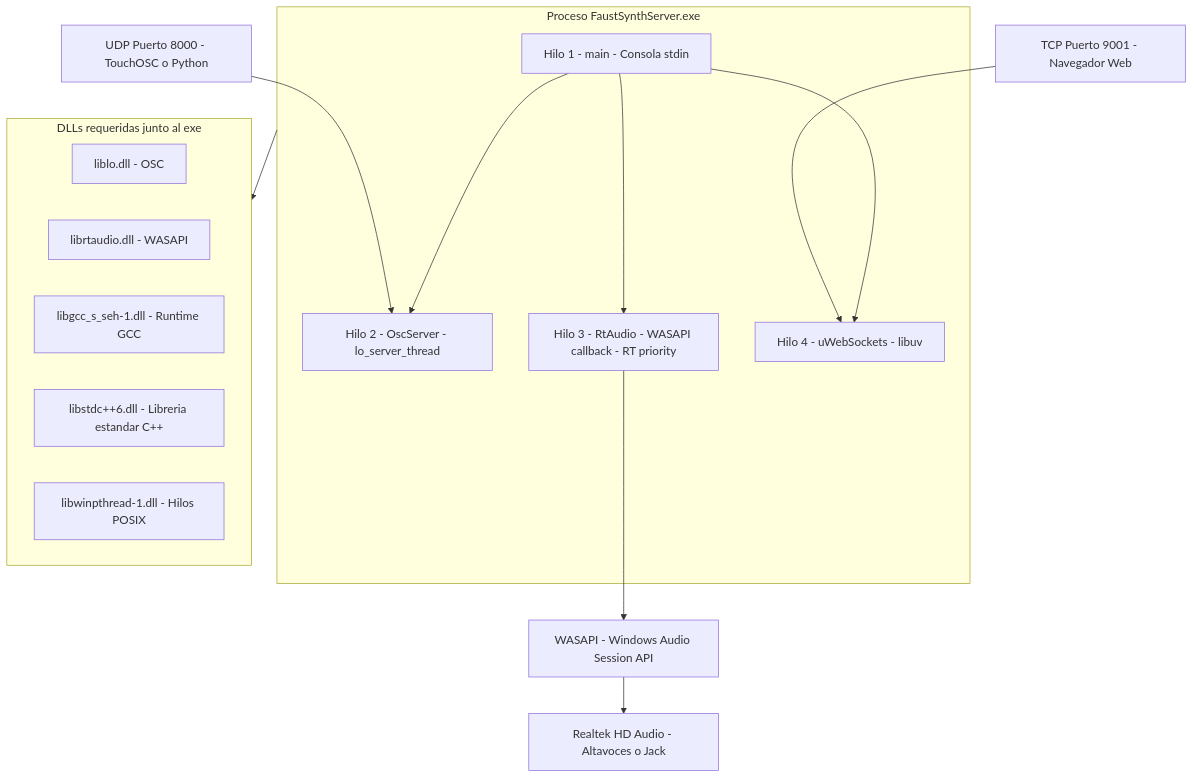
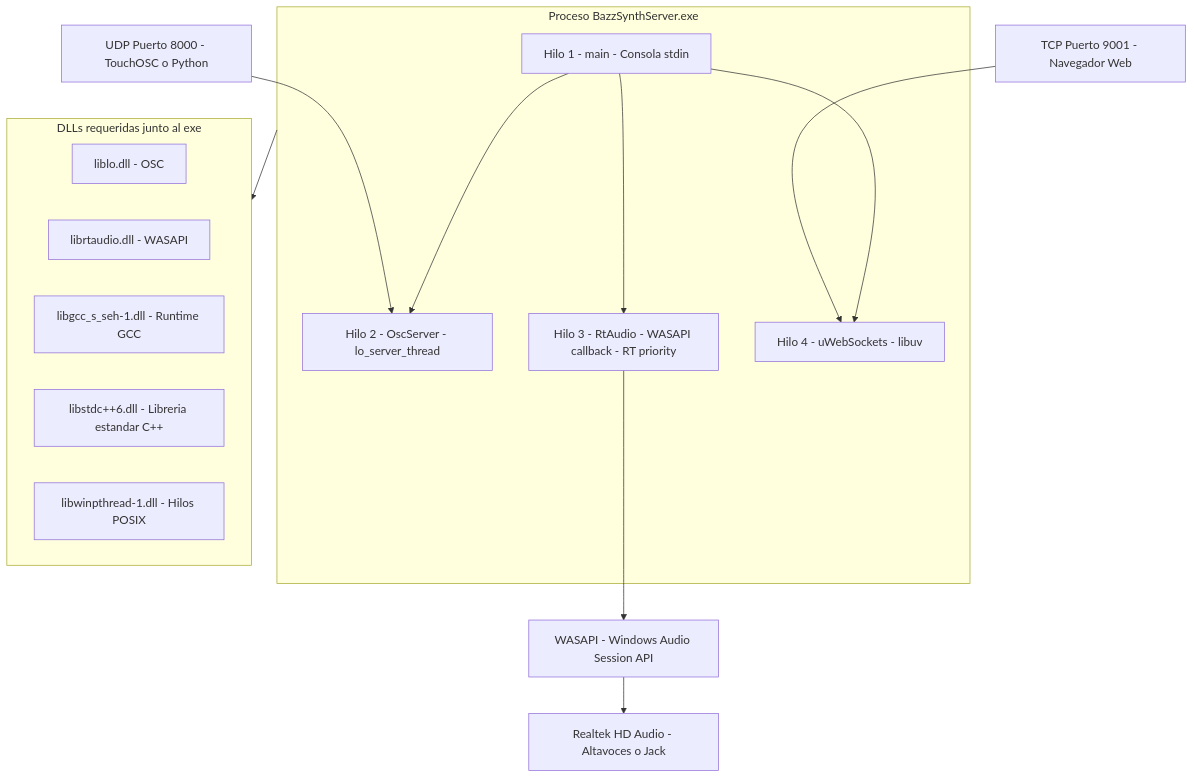
The eighth of 12 diagrams in README.md (Zann181/sintetizador), drawn with Mermaid before and after one commit. The commit also changed other lines of this file, not shown here.

````diff
--- a/README.md
+++ b/README.md
@@ -1249,32 +1249,32 @@
 ```mermaid
 graph TD
     UDP_IN["UDP Puerto 8000 - TouchOSC o Python"]
     WS_IN["TCP Puerto 9001 - Navegador Web"]
 
-    subgraph WIN_PROC["Proceso FaustSynthServer.exe"]
+    subgraph WIN_PROC["Proceso BazzSynthServer.exe"]
         MAIN_T["Hilo 1 - main - Consola stdin"]
         OSC_T["Hilo 2 - OscServer - lo_server_thread"]
         AUDIO_T["Hilo 3 - RtAudio - WASAPI callback - RT priority"]
         WS_T["Hilo 4 - uWebSockets - libuv"]
     end
 
     subgraph WIN_DLLS["DLLs requeridas junto al exe"]
         DLL_LO["liblo.dll - OSC"]
         DLL_RT["librtaudio.dll - WASAPI"]
         DLL_GCC["libgcc_s_seh-1.dll - Runtime GCC"]
         DLL_STD["libstdc++6.dll - Libreria estandar C++"]
         DLL_PT["libwinpthread-1.dll - Hilos POSIX"]
     end
 
     WASAPI["WASAPI - Windows Audio Session API"]
     REALTEK["Realtek HD Audio - Altavoces o Jack"]
 
     UDP_IN --> OSC_T
     WS_IN --> WS_T
     MAIN_T --> OSC_T
     MAIN_T --> AUDIO_T
     MAIN_T --> WS_T
     AUDIO_T --> WASAPI
     WASAPI --> REALTEK
     WIN_PROC --> WIN_DLLS
 ```
````
